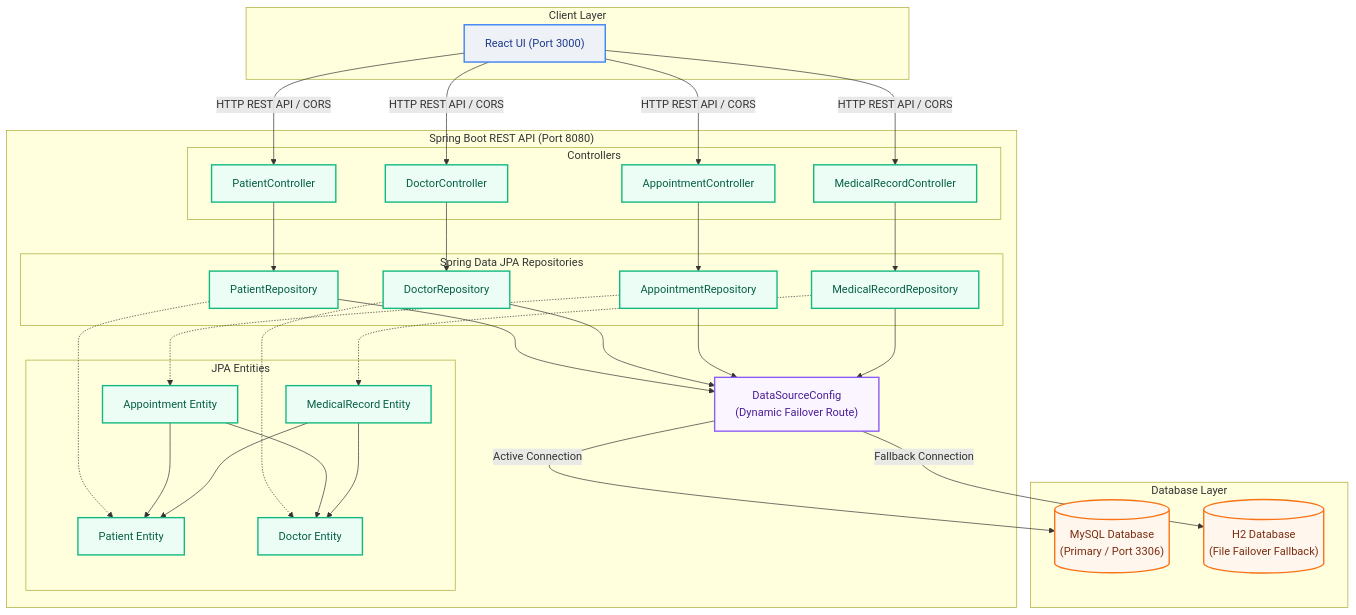
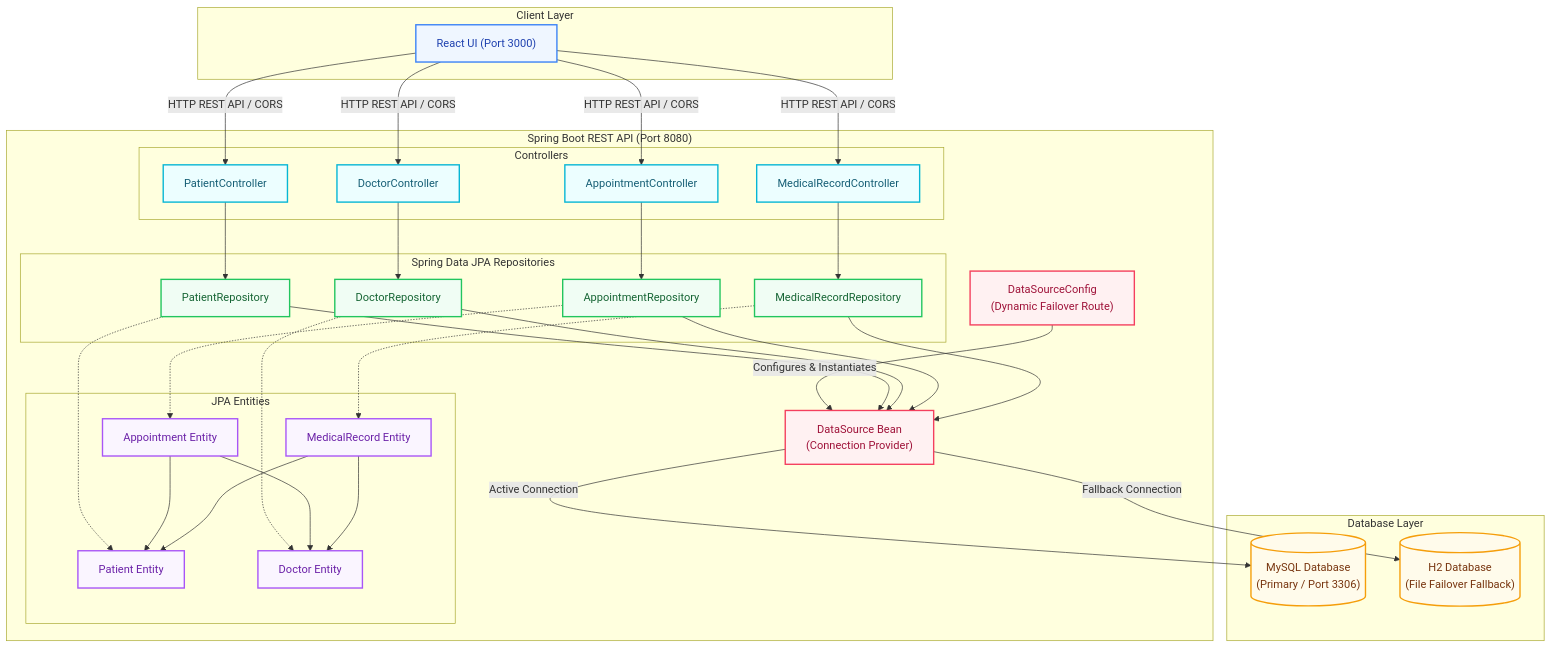
One commit to kurmaraopalli/prms changed the diagram in README.md. Above: the diagram before and after it, drawn with Mermaid. The commit also changed other lines of this file, not shown here.

````diff
--- a/README.md
+++ b/README.md
@@ -9,74 +9,81 @@
 ```mermaid
 graph TD
-    classDef client fill:#eef2f7,stroke:#3b82f6,stroke-width:2px,color:#1e3a8a;
-    classDef api fill:#ecfdf5,stroke:#10b981,stroke-width:2px,color:#065f46;
-    classDef db fill:#fff7ed,stroke:#f97316,stroke-width:2px,color:#7c2d12;
-    classDef config fill:#faf5ff,stroke:#8b5cf6,stroke-width:2px,color:#4c1d95;
+    classDef client fill:#eff6ff,stroke:#3b82f6,stroke-width:2px,color:#1e40af;
+    classDef controller fill:#ecfeff,stroke:#06b6d4,stroke-width:2px,color:#155e75;
+    classDef repo fill:#f0fdf4,stroke:#22c55e,stroke-width:2px,color:#166534;
+    classDef model fill:#faf5ff,stroke:#a855f7,stroke-width:2px,color:#6b21a8;
+    classDef config fill:#fff1f2,stroke:#f43f5e,stroke-width:2px,color:#9f1239;
+    classDef db fill:#fffbeb,stroke:#f59e0b,stroke-width:2px,color:#78350f;
 
     subgraph Client_Layer ["Client Layer"]
         React["React UI (Port 3000)"]:::client
     end
 
     subgraph API_Layer ["Spring Boot REST API (Port 8080)"]
         subgraph Controllers ["Controllers"]
-            PC["PatientController"]:::api
-            DC["DoctorController"]:::api
-            AC["AppointmentController"]:::api
-            MC["MedicalRecordController"]:::api
+            PC["PatientController"]:::controller
+            DC["DoctorController"]:::controller
+            AC["AppointmentController"]:::controller
+            MC["MedicalRecordController"]:::controller
         end
 
         subgraph Repositories ["Spring Data JPA Repositories"]
-            PR["PatientRepository"]:::api
-            DR["DoctorRepository"]:::api
-            AR["AppointmentRepository"]:::api
-            MR["MedicalRecordRepository"]:::api
+            PR["PatientRepository"]:::repo
+            DR["DoctorRepository"]:::repo
+            AR["AppointmentRepository"]:::repo
+            MR["MedicalRecordRepository"]:::repo
         end
 
         subgraph Models ["JPA Entities"]
-            Patient["Patient Entity"]:::api
-            Doctor["Doctor Entity"]:::api
-            Appointment["Appointment Entity"]:::api
-            MedRecord["MedicalRecord Entity"]:::api
+            Patient["Patient Entity"]:::model
+            Doctor["Doctor Entity"]:::model
+            Appointment["Appointment Entity"]:::model
+            MedRecord["MedicalRecord Entity"]:::model
         end
 
         DataSourceConfig["DataSourceConfig<br/>(Dynamic Failover Route)"]:::config
+        DS["DataSource Bean<br/>(Connection Provider)"]:::config
     end
 
     subgraph Database_Layer ["Database Layer"]
         MySQL[("MySQL Database<br/>(Primary / Port 3306)")]:::db
         H2[("H2 Database<br/>(File Failover Fallback)")]:::db
     end
 
     %% Client communicating with Controllers
     React -->|HTTP REST API / CORS| PC
     React -->|HTTP REST API / CORS| DC
     React -->|HTTP REST API / CORS| AC
     React -->|HTTP REST API / CORS| MC
 
     %% Controller calls Repository
     PC --> PR
     DC --> DR
     AC --> AR
     MC --> MR
 
     %% Repository maps Entity
     PR -.-> Patient
     DR -.-> Doctor
     AR -.-> Appointment
     MR -.-> MedRecord
 
     %% Appointment & MedicalRecord references Patients / Doctors
     Appointment --> Patient
     Appointment --> Doctor
     MedRecord --> Patient
     MedRecord --> Doctor
 
-    %% DataSource Config Routing to Database
-    PR --> DataSourceConfig
-    DR --> DataSourceConfig
-    AR --> DataSourceConfig
-    MR --> DataSourceConfig
+    %% DataSource Config defines DataSource Bean
+    DataSourceConfig -->|Configures & Instantiates| DS
 
-    DataSourceConfig -->|Active Connection| MySQL
-    DataSourceConfig -->|Fallback Connection| H2
+    %% Repositories use DataSource to connect
+    PR --> DS
+    DR --> DS
+    AR --> DS
+    MR --> DS
+
+    %% DataSource Routes connections
+    DS -->|Active Connection| MySQL
+    DS -->|Fallback Connection| H2
 ```
````
